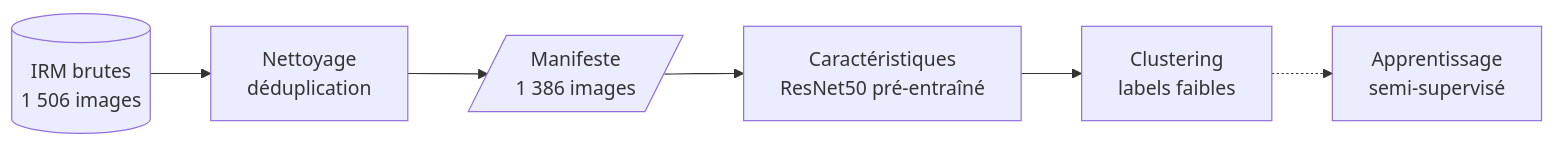
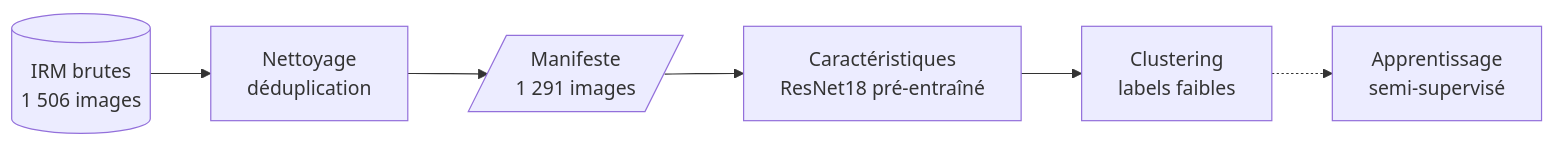
The diagram in README.md (lefevrk/OC-Appliquez-des-approches-semi-supervisees), drawn with Mermaid before and after one commit. The commit also changed other lines of this file and 18 other files, not shown here.

````diff
--- a/README.md
+++ b/README.md
@@ -55,8 +55,8 @@
 ```mermaid
 flowchart LR
     RAW[(IRM brutes<br/>1 506 images)] --> PREP[Nettoyage<br/>déduplication]
-    PREP --> MAN[/Manifeste<br/>1 386 images/]
-    MAN --> FEAT[Caractéristiques<br/>ResNet50 pré-entraîné]
+    PREP --> MAN[/Manifeste<br/>1 291 images/]
+    MAN --> FEAT[Caractéristiques<br/>ResNet18 pré-entraîné]
     FEAT --> CLUS[Clustering<br/>labels faibles]
     CLUS -.-> SEMI[Apprentissage<br/>semi-supervisé]
 ```
````
